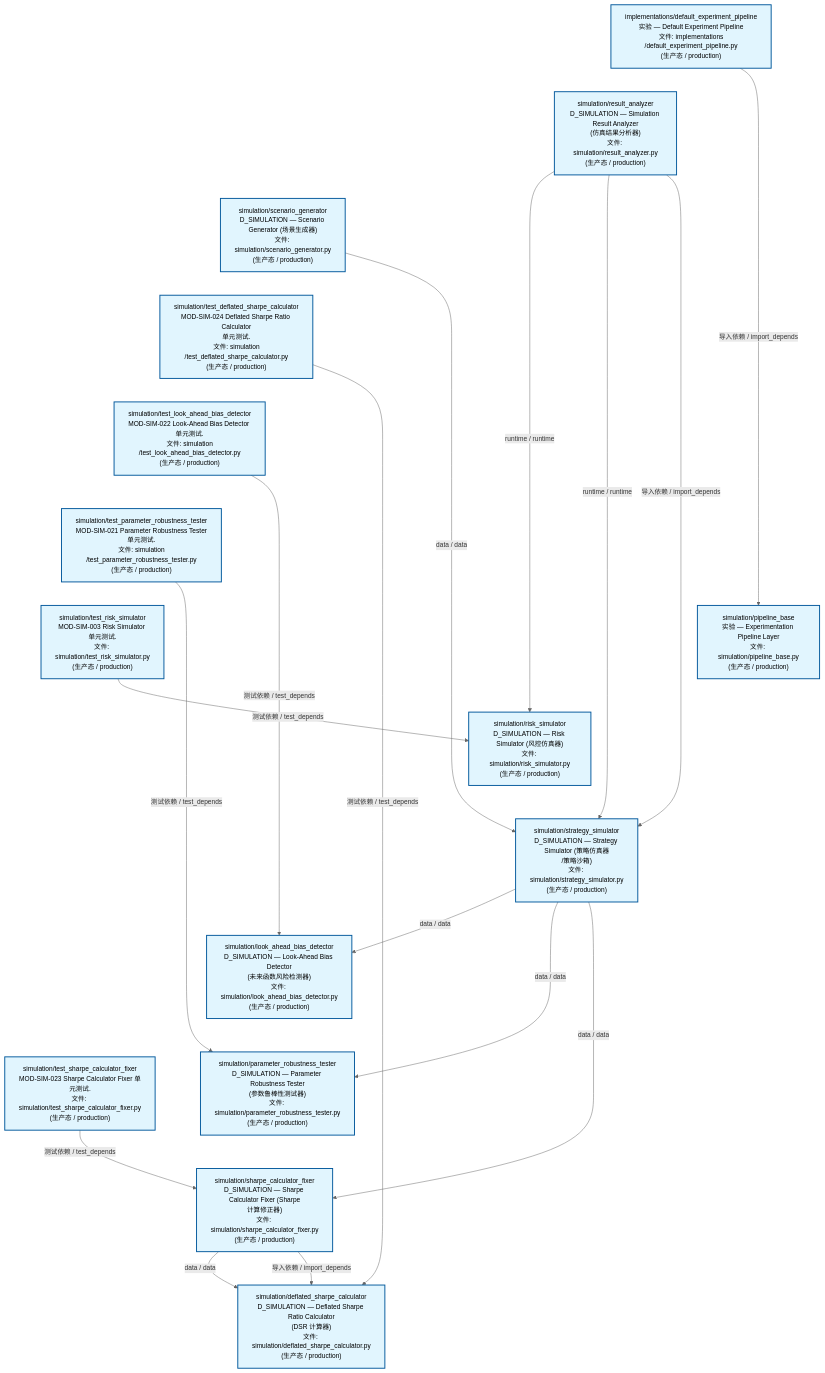
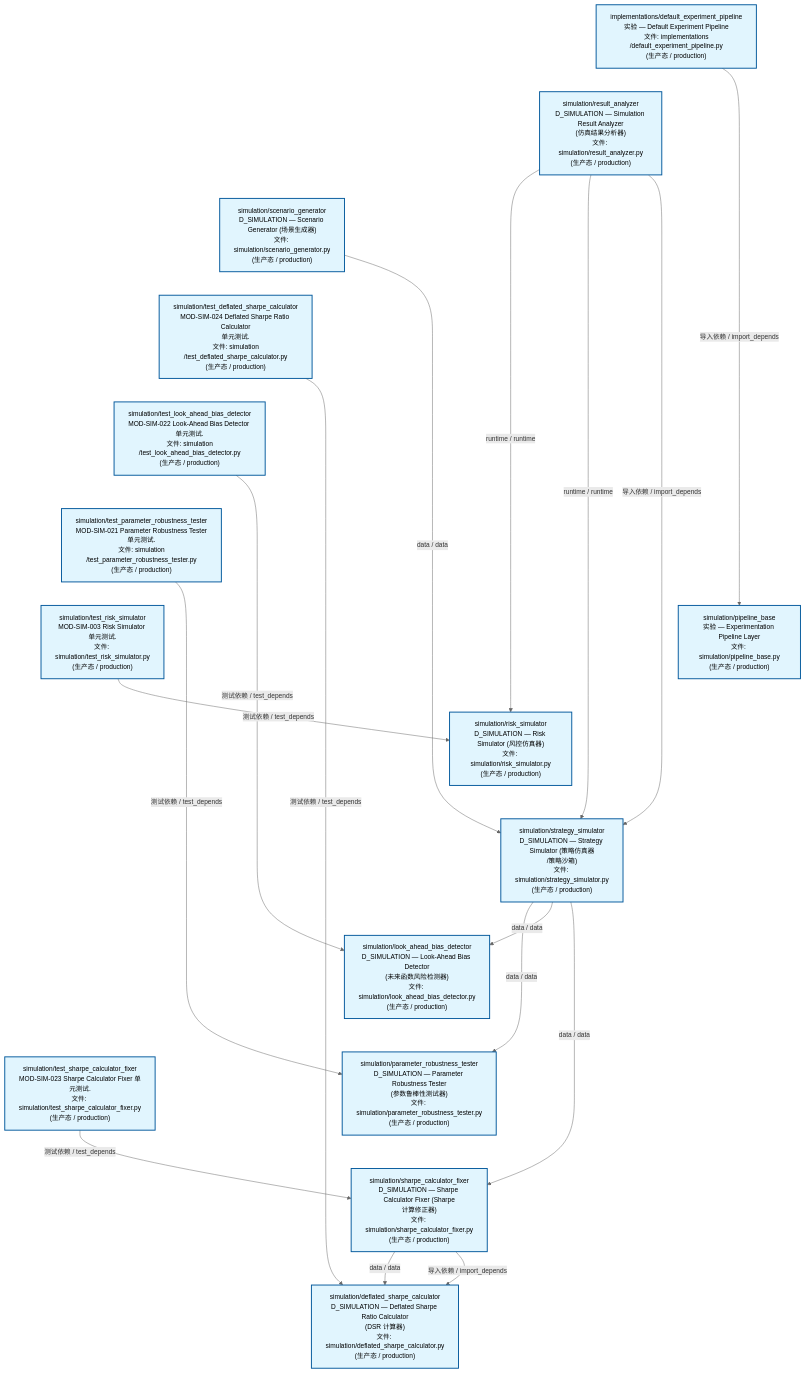
The second of 3 diagrams in docs/02_enterprise_architecture/02_domain_architecture_docs/70_d_simulation.md (xuanFelixVan/ZephyrAlpha), drawn with Mermaid before and after one commit. The commit also changed other lines of this file and 47 other files, not shown here.

````diff
--- a/docs/02_enterprise_architecture/02_domain_architecture_docs/70_d_simulation.md
+++ b/docs/02_enterprise_architecture/02_domain_architecture_docs/70_d_simulation.md
@@ -123,50 +123,50 @@
 ```mermaid
 %%{init: {'theme': 'base', 'themeVariables': {'primaryColor': '#eaeaea', 'primaryTextColor': '#333333', 'primaryBorderColor': '#666666', 'lineColor': '#666666', 'secondaryColor': '#eaeaea', 'tertiaryColor': '#eaeaea', 'fontSize': '14px'}}}%%
 flowchart TD
     src_zephyr_simulation_implementations_default_experiment_pipeline_py["implementations/default_experiment_pipeline<br/>实验 — Default Experiment Pipeline<br/>文件: implementations<br/>/default_experiment_pipeline.py<br/>(生产态 / production)"]
     src_zephyr_simulation_result_analyzer_py["simulation/result_analyzer<br/>D_SIMULATION — Simulation Result Analyzer<br/>(仿真结果分析器)<br/>文件: simulation/result_analyzer.py<br/>(生产态 / production)"]
     src_zephyr_simulation_scenario_generator_py["simulation/scenario_generator<br/>D_SIMULATION — Scenario Generator (场景生成器)<br/>文件: simulation/scenario_generator.py<br/>(生产态 / production)"]
     tests_simulation_test_deflated_sharpe_calculator_py["simulation/test_deflated_sharpe_calculator<br/>MOD-SIM-024 Deflated Sharpe Ratio Calculator<br/>单元测试.<br/>文件: simulation<br/>/test_deflated_sharpe_calculator.py<br/>(生产态 / production)"]
     tests_simulation_test_look_ahead_bias_detector_py["simulation/test_look_ahead_bias_detector<br/>MOD-SIM-022 Look-Ahead Bias Detector 单元测试.<br/>文件: simulation<br/>/test_look_ahead_bias_detector.py<br/>(生产态 / production)"]
     tests_simulation_test_parameter_robustness_tester_py["simulation/test_parameter_robustness_tester<br/>MOD-SIM-021 Parameter Robustness Tester<br/>单元测试.<br/>文件: simulation<br/>/test_parameter_robustness_tester.py<br/>(生产态 / production)"]
     tests_simulation_test_risk_simulator_py["simulation/test_risk_simulator<br/>MOD-SIM-003 Risk Simulator 单元测试.<br/>文件: simulation/test_risk_simulator.py<br/>(生产态 / production)"]
     tests_simulation_test_sharpe_calculator_fixer_py["simulation/test_sharpe_calculator_fixer<br/>MOD-SIM-023 Sharpe Calculator Fixer 单元测试.<br/>文件: simulation/test_sharpe_calculator_fixer.py<br/>(生产态 / production)"]
     src_zephyr_simulation_implementations_default_experiment_pipeline_py ~~~ src_zephyr_simulation_result_analyzer_py
     src_zephyr_simulation_result_analyzer_py ~~~ src_zephyr_simulation_scenario_generator_py
     src_zephyr_simulation_scenario_generator_py ~~~ tests_simulation_test_deflated_sharpe_calculator_py
     tests_simulation_test_deflated_sharpe_calculator_py ~~~ tests_simulation_test_look_ahead_bias_detector_py
     tests_simulation_test_look_ahead_bias_detector_py ~~~ tests_simulation_test_parameter_robustness_tester_py
     tests_simulation_test_parameter_robustness_tester_py ~~~ tests_simulation_test_risk_simulator_py
     tests_simulation_test_risk_simulator_py ~~~ tests_simulation_test_sharpe_calculator_fixer_py
     src_zephyr_simulation_pipeline_base_py["simulation/pipeline_base<br/>实验 — Experimentation Pipeline Layer<br/>文件: simulation/pipeline_base.py<br/>(生产态 / production)"]
     src_zephyr_simulation_risk_simulator_py["simulation/risk_simulator<br/>D_SIMULATION — Risk Simulator (风控仿真器)<br/>文件: simulation/risk_simulator.py<br/>(生产态 / production)"]
     src_zephyr_simulation_strategy_simulator_py["simulation/strategy_simulator<br/>D_SIMULATION — Strategy Simulator (策略仿真器<br/>/策略沙箱)<br/>文件: simulation/strategy_simulator.py<br/>(生产态 / production)"]
     src_zephyr_simulation_pipeline_base_py ~~~ src_zephyr_simulation_risk_simulator_py
     src_zephyr_simulation_risk_simulator_py ~~~ src_zephyr_simulation_strategy_simulator_py
     src_zephyr_simulation_look_ahead_bias_detector_py["simulation/look_ahead_bias_detector<br/>D_SIMULATION — Look-Ahead Bias Detector<br/>(未来函数风险检测器)<br/>文件: simulation/look_ahead_bias_detector.py<br/>(生产态 / production)"]
     src_zephyr_simulation_parameter_robustness_tester_py["simulation/parameter_robustness_tester<br/>D_SIMULATION — Parameter Robustness Tester<br/>(参数鲁棒性测试器)<br/>文件: simulation/parameter_robustness_tester.py<br/>(生产态 / production)"]
     src_zephyr_simulation_sharpe_calculator_fixer_py["simulation/sharpe_calculator_fixer<br/>D_SIMULATION — Sharpe Calculator Fixer (Sharpe<br/>计算修正器)<br/>文件: simulation/sharpe_calculator_fixer.py<br/>(生产态 / production)"]
     src_zephyr_simulation_look_ahead_bias_detector_py ~~~ src_zephyr_simulation_parameter_robustness_tester_py
     src_zephyr_simulation_parameter_robustness_tester_py ~~~ src_zephyr_simulation_sharpe_calculator_fixer_py
     src_zephyr_simulation_deflated_sharpe_calculator_py["simulation/deflated_sharpe_calculator<br/>D_SIMULATION — Deflated Sharpe Ratio Calculator<br/>(DSR 计算器)<br/>文件: simulation/deflated_sharpe_calculator.py<br/>(生产态 / production)"]
     src_zephyr_simulation_result_analyzer_py -->|runtime / runtime| src_zephyr_simulation_risk_simulator_py
     src_zephyr_simulation_result_analyzer_py -->|runtime / runtime| src_zephyr_simulation_strategy_simulator_py
     src_zephyr_simulation_result_analyzer_py -->|导入依赖 / import_depends| src_zephyr_simulation_strategy_simulator_py
     src_zephyr_simulation_scenario_generator_py -->|data / data| src_zephyr_simulation_strategy_simulator_py
     src_zephyr_simulation_implementations_default_experiment_pipeline_py -->|导入依赖 / import_depends| src_zephyr_simulation_pipeline_base_py
+    src_zephyr_simulation_strategy_simulator_py -->|data / data| src_zephyr_simulation_parameter_robustness_tester_py
+    src_zephyr_simulation_strategy_simulator_py -->|data / data| src_zephyr_simulation_look_ahead_bias_detector_py
+    src_zephyr_simulation_strategy_simulator_py -->|data / data| src_zephyr_simulation_sharpe_calculator_fixer_py
     src_zephyr_simulation_sharpe_calculator_fixer_py -->|data / data| src_zephyr_simulation_deflated_sharpe_calculator_py
     src_zephyr_simulation_sharpe_calculator_fixer_py -->|导入依赖 / import_depends| src_zephyr_simulation_deflated_sharpe_calculator_py
-    src_zephyr_simulation_strategy_simulator_py -->|data / data| src_zephyr_simulation_look_ahead_bias_detector_py
-    src_zephyr_simulation_strategy_simulator_py -->|data / data| src_zephyr_simulation_parameter_robustness_tester_py
-    src_zephyr_simulation_strategy_simulator_py -->|data / data| src_zephyr_simulation_sharpe_calculator_fixer_py
+    tests_simulation_test_deflated_sharpe_calculator_py -->|测试依赖 / test_depends| src_zephyr_simulation_deflated_sharpe_calculator_py
     tests_simulation_test_look_ahead_bias_detector_py -->|测试依赖 / test_depends| src_zephyr_simulation_look_ahead_bias_detector_py
     tests_simulation_test_parameter_robustness_tester_py -->|测试依赖 / test_depends| src_zephyr_simulation_parameter_robustness_tester_py
-    tests_simulation_test_deflated_sharpe_calculator_py -->|测试依赖 / test_depends| src_zephyr_simulation_deflated_sharpe_calculator_py
     tests_simulation_test_risk_simulator_py -->|测试依赖 / test_depends| src_zephyr_simulation_risk_simulator_py
     tests_simulation_test_sharpe_calculator_fixer_py -->|测试依赖 / test_depends| src_zephyr_simulation_sharpe_calculator_fixer_py
     classDef production fill:#e1f5fe,stroke:#01579b,stroke-width:2px,color:#000
     classDef design fill:#fff3e0,stroke:#e65100,stroke-width:2px,color:#000,stroke-dasharray: 5 5
     classDef external_prod fill:#e8f4fd,stroke:#0277bd,stroke-width:1px,color:#000
     classDef external_design fill:#fff8e7,stroke:#ef6c00,stroke-width:1px,color:#000,stroke-dasharray: 5 5
     class src_zephyr_simulation_deflated_sharpe_calculator_py,src_zephyr_simulation_implementations_default_experiment_pipeline_py,src_zephyr_simulation_look_ahead_bias_detector_py,src_zephyr_simulation_parameter_robustness_tester_py,src_zephyr_simulation_pipeline_base_py,src_zephyr_simulation_result_analyzer_py,src_zephyr_simulation_risk_simulator_py,src_zephyr_simulation_scenario_generator_py,src_zephyr_simulation_sharpe_calculator_fixer_py,src_zephyr_simulation_strategy_simulator_py,tests_simulation_test_deflated_sharpe_calculator_py,tests_simulation_test_look_ahead_bias_detector_py,tests_simulation_test_parameter_robustness_tester_py,tests_simulation_test_risk_simulator_py,tests_simulation_test_sharpe_calculator_fixer_py production
 ```
````
